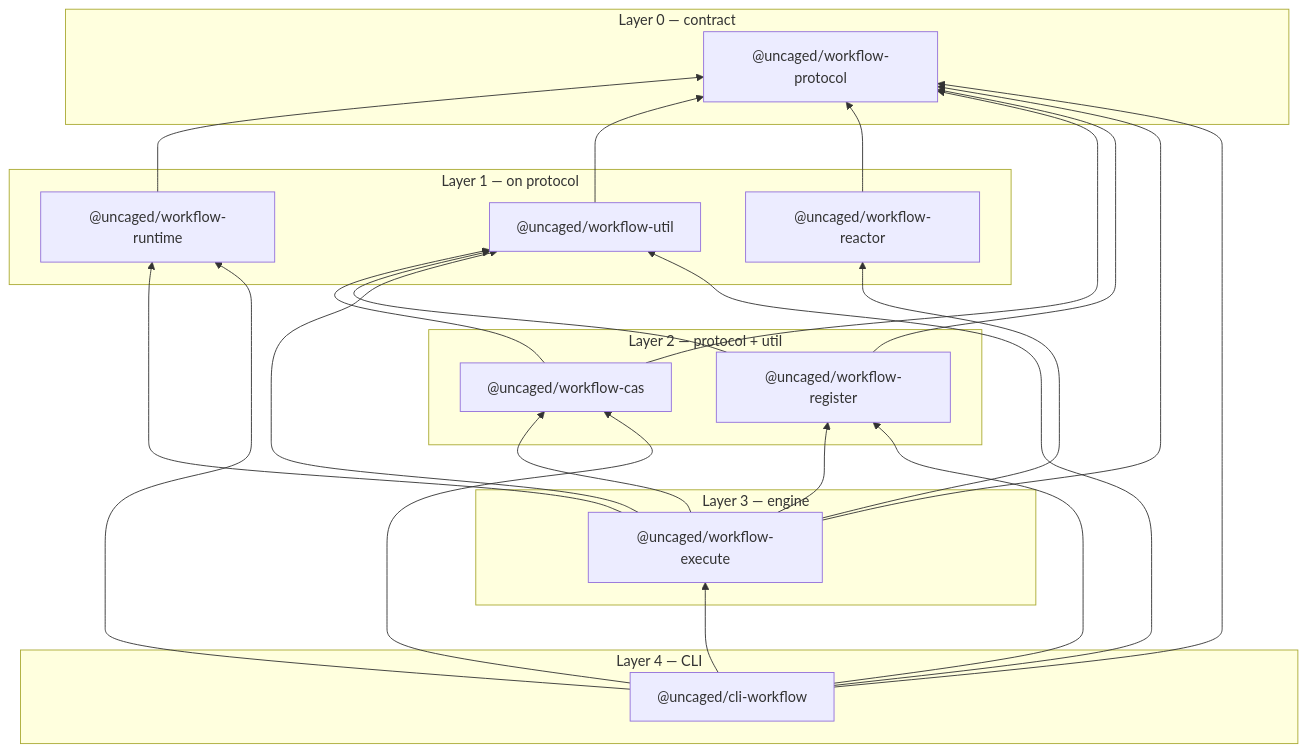
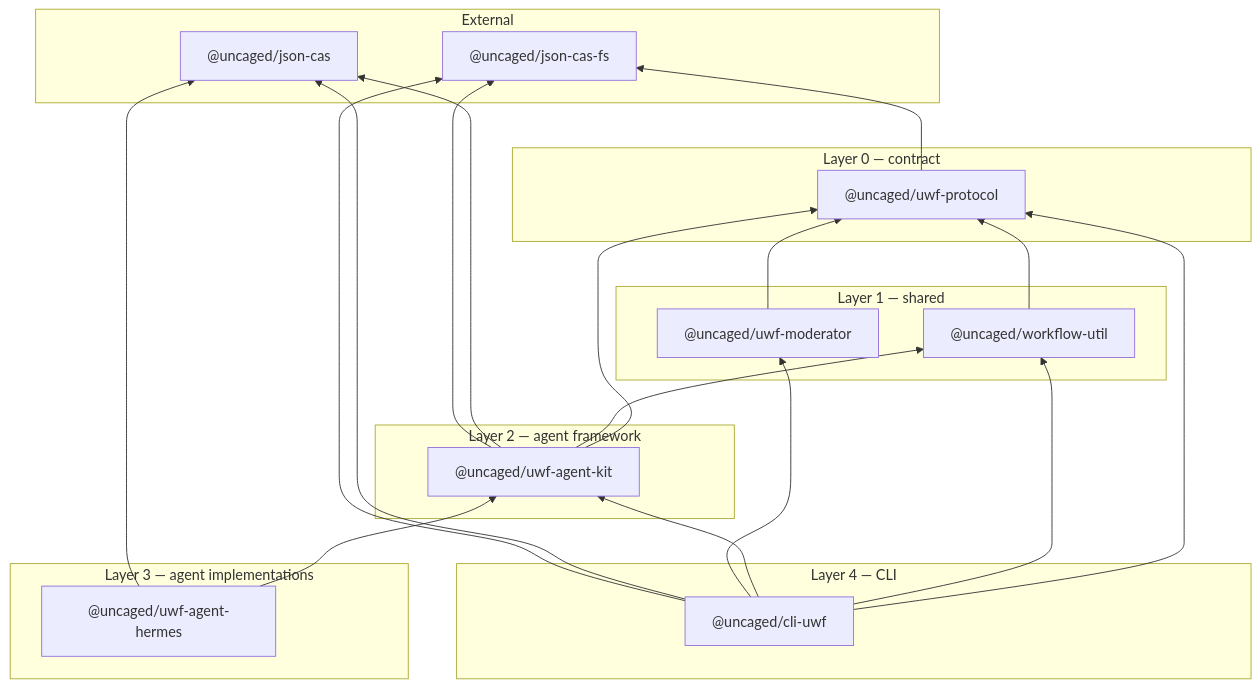
The diagram in docs/architecture.md (shazhou-ww/united-workforce), drawn with Mermaid before and after one commit. The commit also changed other lines of this file and 372 other files, not shown here.

````diff
--- a/docs/architecture.md
+++ b/docs/architecture.md
@@ -42,40 +37,38 @@
 ```mermaid
 flowchart BT
+  subgraph External
+    jcas["@uncaged/json-cas"]
+    jcasfs["@uncaged/json-cas-fs"]
+  end
   subgraph L0["Layer 0 — contract"]
-    protocol["@uncaged/workflow-protocol"]
+    protocol["@uncaged/uwf-protocol"]
   end
-  subgraph L1["Layer 1 — on protocol"]
-    runtime["@uncaged/workflow-runtime"]
+  subgraph L1["Layer 1 — shared"]
     util["@uncaged/workflow-util"]
-    reactor["@uncaged/workflow-reactor"]
+    moderator["@uncaged/uwf-moderator"]
   end
-  subgraph L2["Layer 2 — protocol + util"]
-    cas["@uncaged/workflow-cas"]
-    register["@uncaged/workflow-register"]
+  subgraph L2["Layer 2 — agent framework"]
+    kit["@uncaged/uwf-agent-kit"]
   end
-  subgraph L3["Layer 3 — engine"]
-    execute["@uncaged/workflow-execute"]
+  subgraph L3["Layer 3 — agent implementations"]
+    hermes["@uncaged/uwf-agent-hermes"]
   end
   subgraph L4["Layer 4 — CLI"]
-    cli["@uncaged/cli-workflow"]
+    cli["@uncaged/cli-uwf"]
   end
-  runtime --> protocol
+  protocol --> jcasfs
   util --> protocol
-  reactor --> protocol
-  cas --> protocol
-  cas --> util
-  register --> protocol
-  register --> util
-  execute --> protocol
-  execute --> runtime
-  execute --> util
-  execute --> cas
-  execute --> reactor
-  execute --> register
+  moderator --> protocol
+  kit --> protocol
+  kit --> util
+  kit --> jcas
+  kit --> jcasfs
+  hermes --> kit
+  hermes --> jcas
   cli --> protocol
   cli --> util
-  cli --> cas
-  cli --> execute
-  cli --> register
-  cli --> runtime
+  cli --> kit
+  cli --> moderator
+  cli --> jcas
+  cli --> jcasfs
 ```
````
